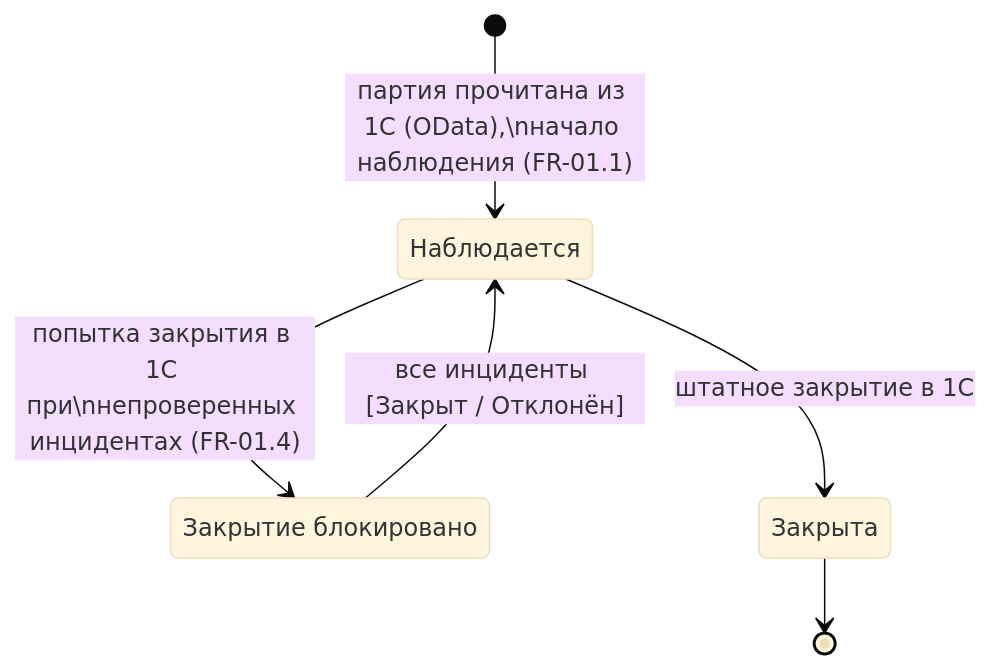
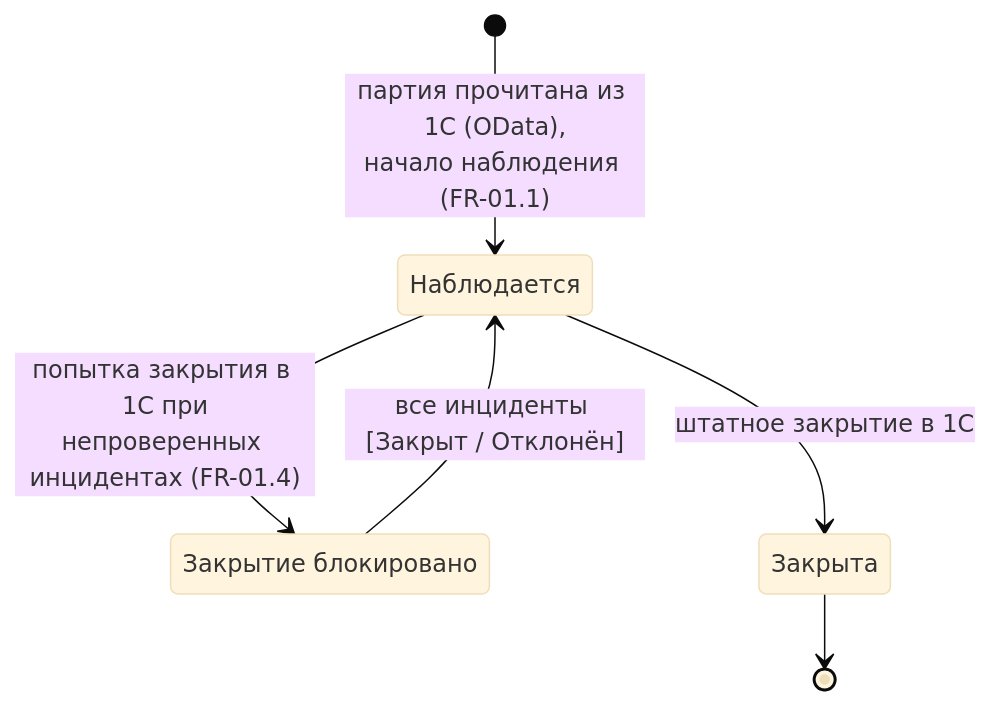
Before and after one commit to igorvolk1961/water_checker: the first of 4 diagrams in docs/system_analysis/diagrams/state_model_and_batch.md, drawn with Mermaid (base theme). The commit also changed other lines of this file and 4 other files, not shown here.

Commit message:
Fix mermaid parse error: remove semicolons in labels and use <br/> instead of literal backslash-n

````diff
--- a/docs/system_analysis/diagrams/state_model_and_batch.md
+++ b/docs/system_analysis/diagrams/state_model_and_batch.md
@@ -7,11 +7,11 @@
 ```mermaid
 stateDiagram-v2
     state "Наблюдается" as P1
     state "Закрытие блокировано" as P2
     state "Закрыта" as P3
-    [*] --> P1 : партия прочитана из 1С (OData),\nначало наблюдения (FR-01.1)
-    P1 --> P2 : попытка закрытия в 1С при\nнепроверенных инцидентах (FR-01.4)
+    [*] --> P1 : партия прочитана из 1С (OData),<br/>начало наблюдения (FR-01.1)
+    P1 --> P2 : попытка закрытия в 1С при<br/>непроверенных инцидентах (FR-01.4)
     P2 --> P1 : все инциденты [Закрыт / Отклонён]
     P1 --> P3 : штатное закрытие в 1С
     P3 --> [*]
 ```
````
